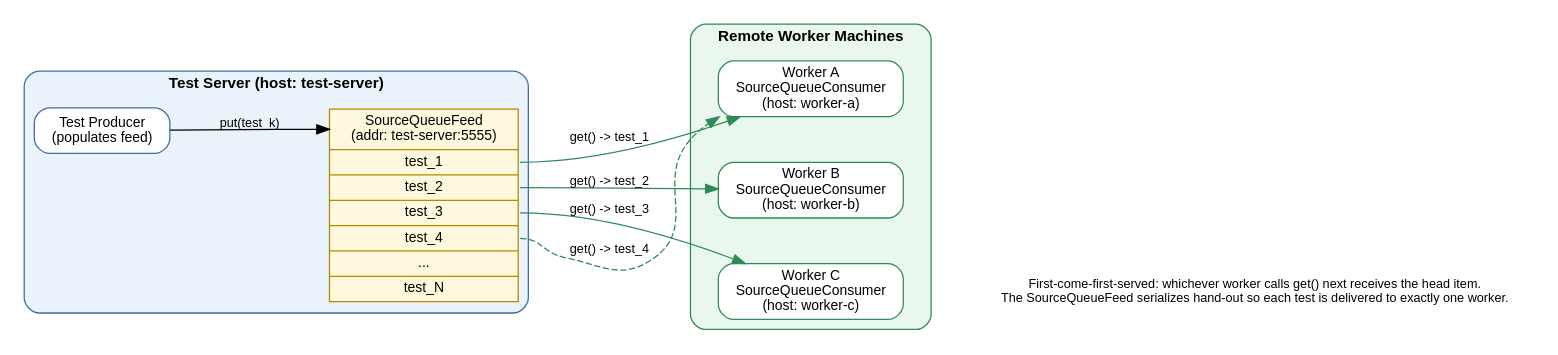
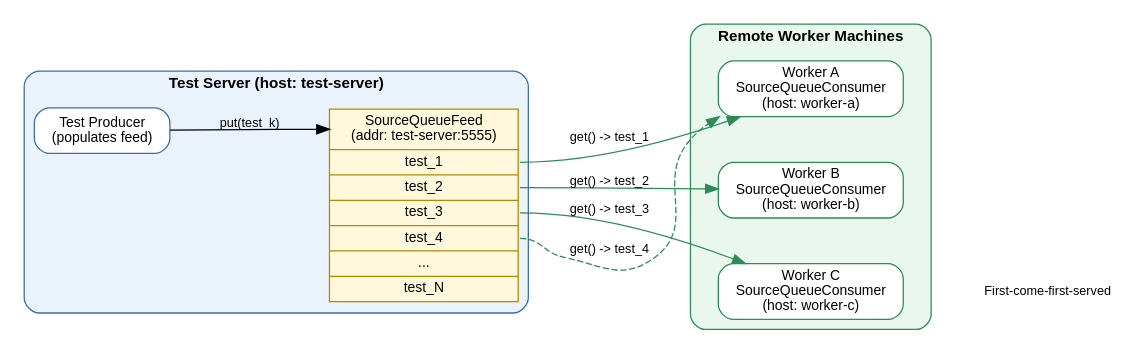
One commit to nak/hydra changed the diagram in docs/source/distributed_queues.rst. Above: the diagram before and after it, drawn with Graphviz.

Commit message:
update diagram

```diff
--- a/docs/source/distributed_queues.rst
+++ b/docs/source/distributed_queues.rst
@@ -18,58 +18,58 @@
 .. graphviz::
    :alt: A test-server populating a SourceQueueFeed while remote worker clients pull tests first-come-first-served.
    :align: center
    :caption: A ``SourceQueueFeed`` distributing test cases to remote workers in a parallelized test system.
 
    digraph SourceQueueTestDistribution {
        rankdir=LR;
        splines=spline;
        nodesep=0.5;
        ranksep=1.0;
        bgcolor="white";
        node [fontname="Helvetica", fontsize=11];
        edge [fontname="Helvetica", fontsize=10];
 
        subgraph cluster_server {
            label="Test Server (host: test-server)";
            labelloc="t";
            fontname="Helvetica-Bold";
            fontsize=12;
            style="rounded,filled";
            color="#3b6ea5";
            fillcolor="#eaf2fb";
 
            producer [label="Test Producer\n(populates feed)", shape=box,
                      style="rounded,filled", fillcolor="#ffffff", color="#3b6ea5"];
 
            feed [label="<f0> SourceQueueFeed\n(addr: test-server:5555) | <t1> test_1 | <t2> test_2 | <t3> test_3 | <t4> test_4 | <t5> ... | <tn> test_N",
                  shape=record, style="filled", fillcolor="#fff8dc", color="#b58900"];
 
            producer -> feed:f0 [label="put(test_k)"];
        }
 
        subgraph cluster_clients {
            label="Remote Worker Machines";
            labelloc="t";
            fontname="Helvetica-Bold";
            fontsize=12;
            style="rounded,filled";
            color="#2e8b57";
            fillcolor="#eaf7ee";
 
            client1 [label="Worker A\nSourceQueueConsumer\n(host: worker-a)", shape=box,
                     style="rounded,filled", fillcolor="#ffffff", color="#2e8b57"];
            client2 [label="Worker B\nSourceQueueConsumer\n(host: worker-b)", shape=box,
                     style="rounded,filled", fillcolor="#ffffff", color="#2e8b57"];
            client3 [label="Worker C\nSourceQueueConsumer\n(host: worker-c)", shape=box,
                     style="rounded,filled", fillcolor="#ffffff", color="#2e8b57"];
        }
 
        feed:t1 -> client1 [label="get() -> test_1", color="#2e8b57"];
        feed:t2 -> client2 [label="get() -> test_2", color="#2e8b57"];
        feed:t3 -> client3 [label="get() -> test_3", color="#2e8b57"];
        feed:t4 -> client1 [label="get() -> test_4", color="#2e8b57", style=dashed];
 
        caption [shape=plaintext, fontsize=10,
-                label="First-come-first-served: whichever worker calls get() next receives the head item.\nThe SourceQueueFeed serializes hand-out so each test is delivered to exactly one worker."];
+                label="First-come-first-served"];
        { rank=sink; caption; }
    }
```
